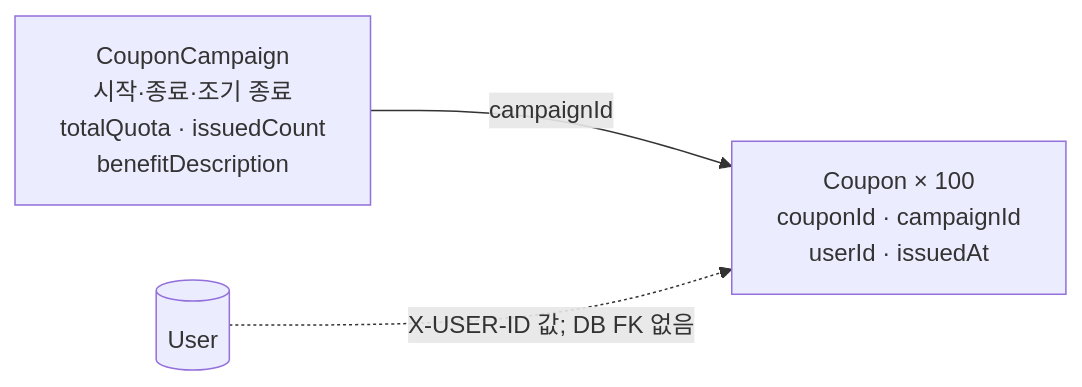
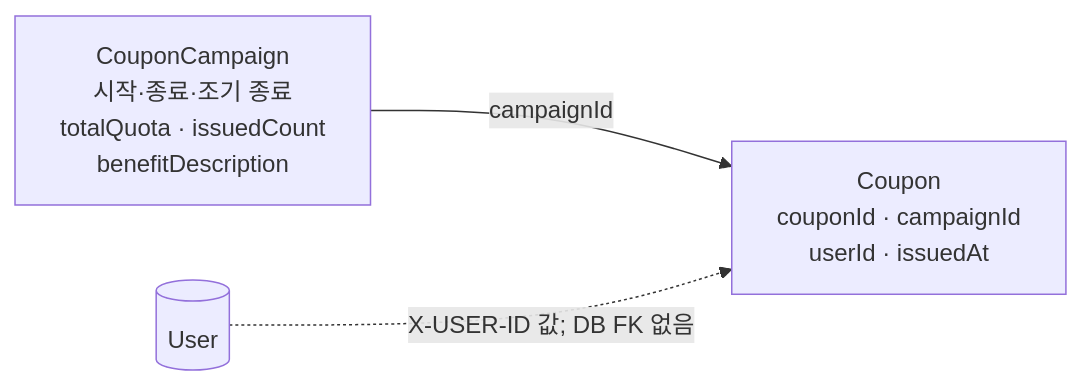
Before and after one commit to loopers-labs/loop-pack-be-l2-vol5-java: the third of 8 diagrams in docs/system-design/use-cases/coupon-issuance.md, drawn with Mermaid. The commit also changed other lines of this file and 4 other files, not shown here.

````diff
--- a/docs/system-design/use-cases/coupon-issuance.md
+++ b/docs/system-design/use-cases/coupon-issuance.md
@@ -175,8 +175,8 @@
 ```mermaid
 flowchart LR
     Campaign[CouponCampaign<br/>시작·종료·조기 종료<br/>totalQuota · issuedCount<br/>benefitDescription]
-    Coupon[Coupon × 100<br/>couponId · campaignId<br/>userId · issuedAt]
+    Coupon[Coupon<br/>couponId · campaignId<br/>userId · issuedAt]
     User[(User)]
     Campaign -->|campaignId| Coupon
     User -.->|X-USER-ID 값; DB FK 없음| Coupon
 ```
````
